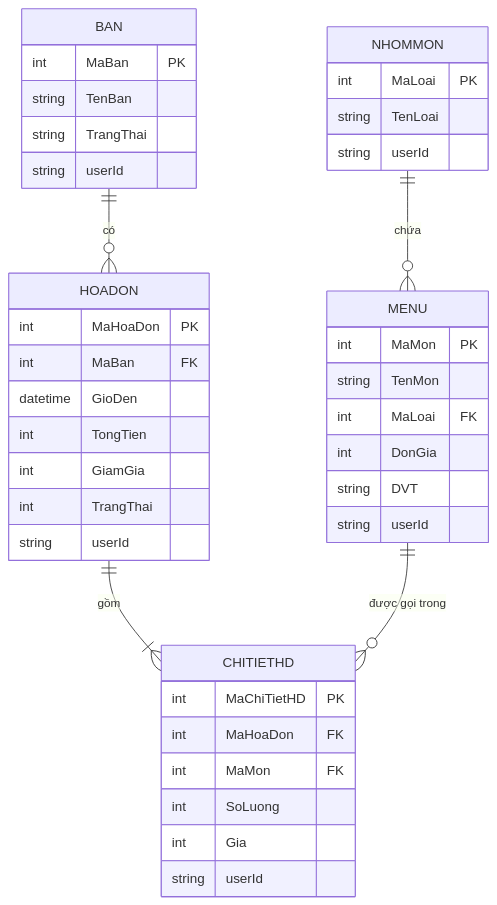
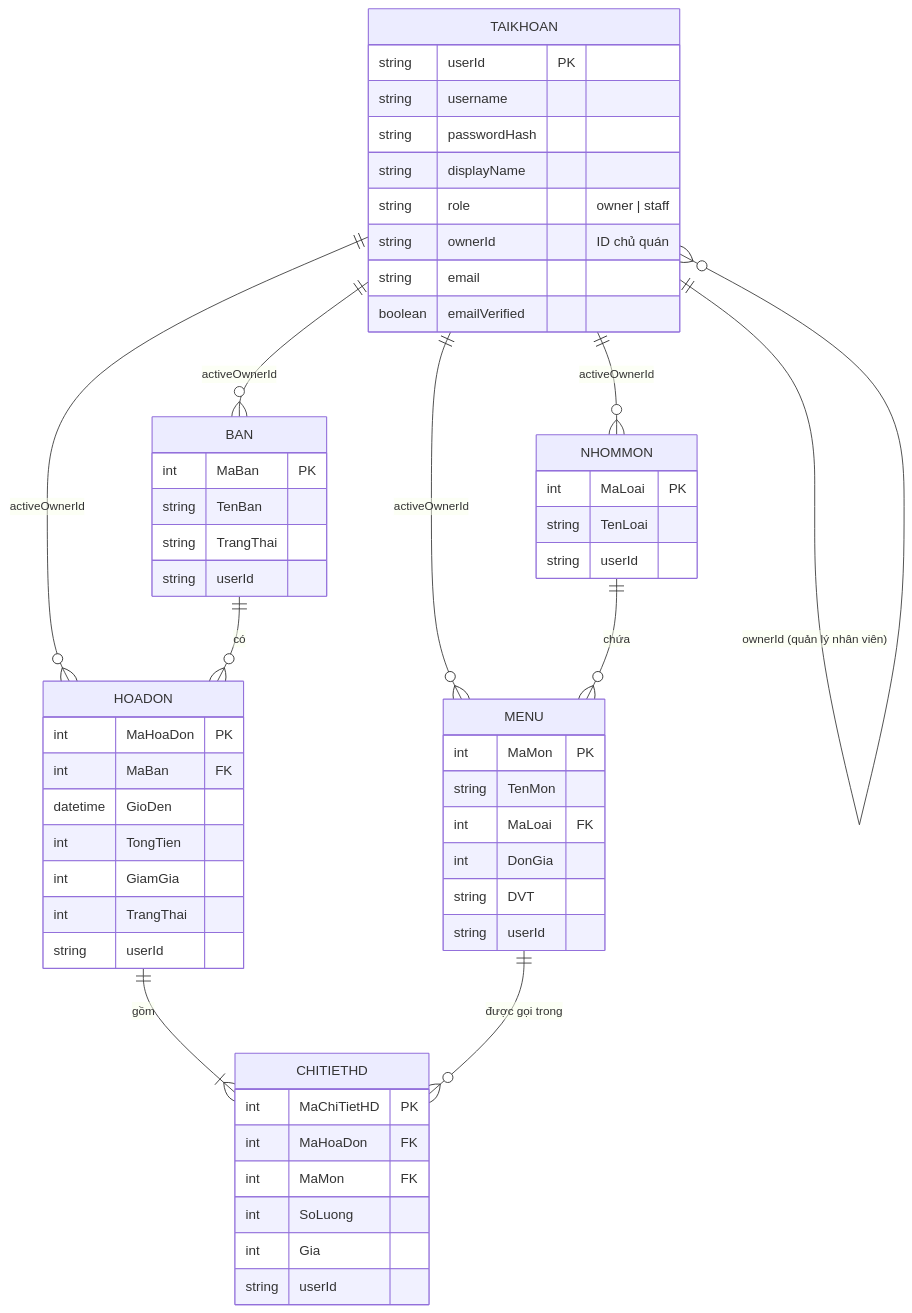
Before and after one commit to quochuyph/CafeGo: the second of 2 diagrams in README.md, drawn with Mermaid. The commit also changed other lines of this file and 21 other files, not shown here.

````diff
--- a/README.md
+++ b/README.md
@@ -123,44 +131,59 @@
 ```mermaid
 erDiagram
+    TAIKHOAN ||--o{ TAIKHOAN : "ownerId (quản lý nhân viên)"
+    TAIKHOAN ||--o{ BAN : "activeOwnerId"
+    TAIKHOAN ||--o{ NHOMMON : "activeOwnerId"
+    TAIKHOAN ||--o{ MENU : "activeOwnerId"
+    TAIKHOAN ||--o{ HOADON : "activeOwnerId"
     BAN ||--o{ HOADON : "có"
     HOADON ||--|{ CHITIETHD : "gồm"
     NHOMMON ||--o{ MENU : "chứa"
     MENU ||--o{ CHITIETHD : "được gọi trong"
 
+    TAIKHOAN {
+        string userId PK
+        string username
+        string passwordHash
+        string displayName
+        string role "owner | staff"
+        string ownerId "ID chủ quán"
+        string email
+        boolean emailVerified
+    }
     BAN {
         int MaBan PK
         string TenBan
         string TrangThai
         string userId
     }
     HOADON {
         int MaHoaDon PK
         int MaBan FK
         datetime GioDen
         int TongTien
         int GiamGia
         int TrangThai
         string userId
     }
     CHITIETHD {
         int MaChiTietHD PK
         int MaHoaDon FK
         int MaMon FK
         int SoLuong
         int Gia
         string userId
     }
     NHOMMON {
         int MaLoai PK
         string TenLoai
         string userId
     }
     MENU {
         int MaMon PK
         string TenMon
         int MaLoai FK
         int DonGia
         string DVT
         string userId
     }
 ```
````
